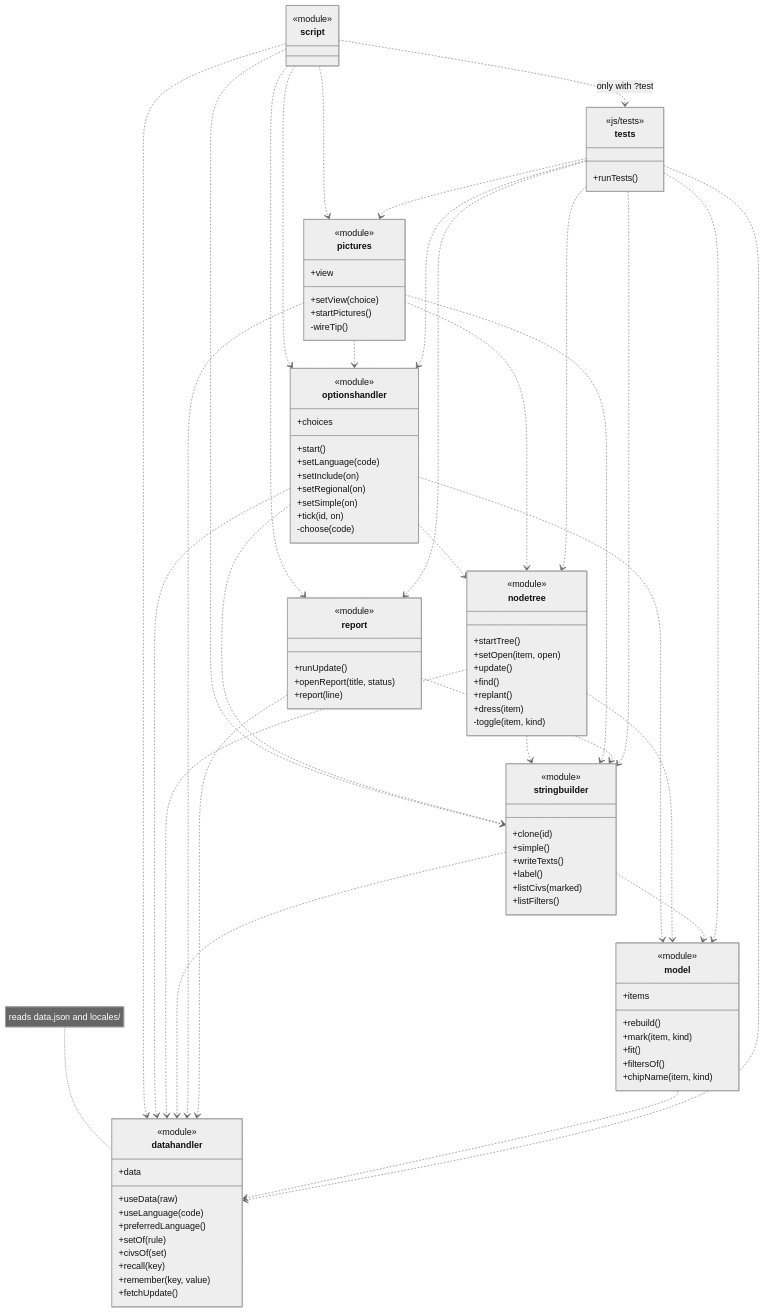
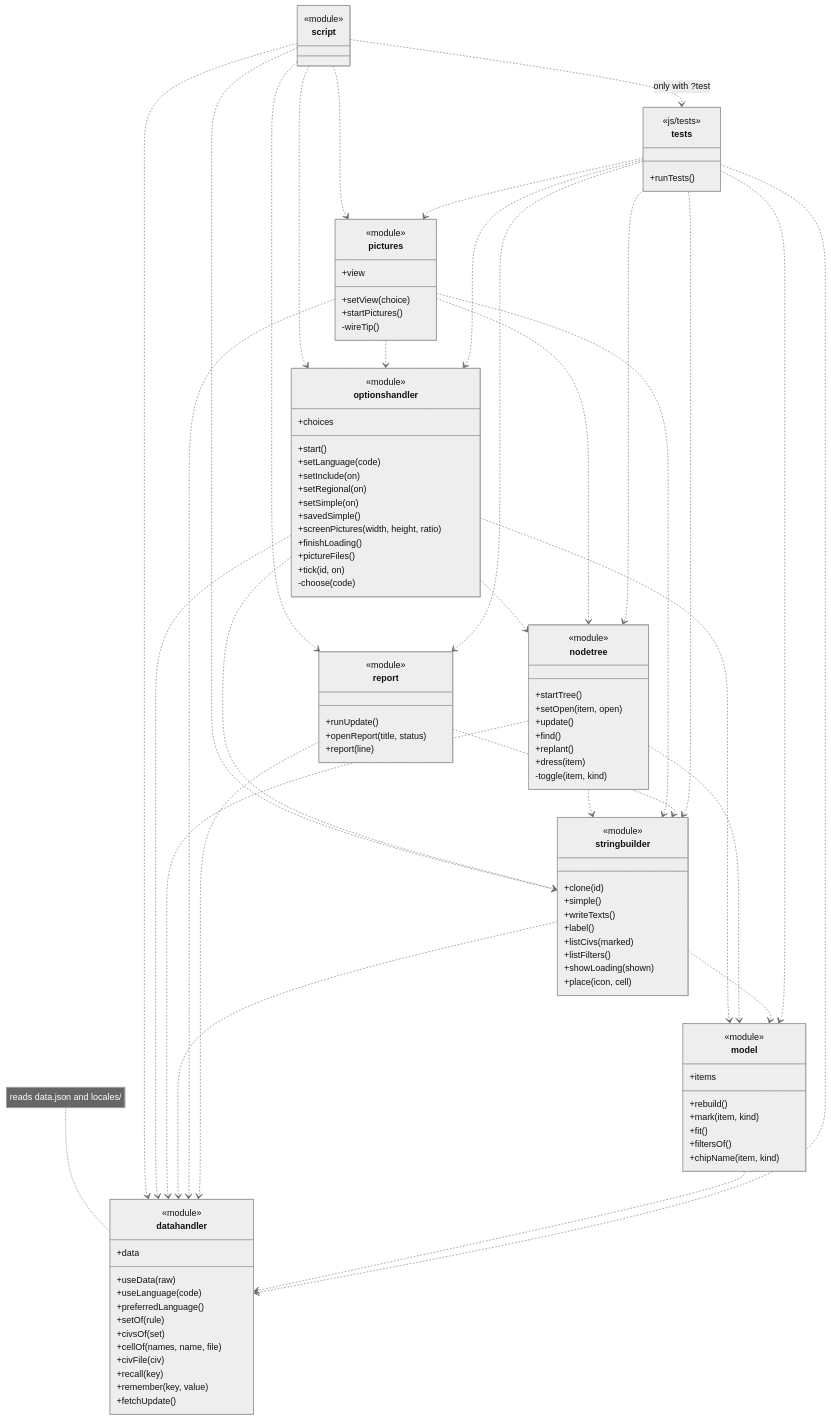
One commit to cnordenb/civexplorer.net changed the diagram in documentation/MAINTAINER.md. Above: the diagram before and after it, drawn with Mermaid (neutral theme). The commit also changed other lines of this file and 37 other files, not shown here.

```diff
--- a/documentation/MAINTAINER.md
+++ b/documentation/MAINTAINER.md
@@ -127,6 +129,10 @@
     +setInclude(on)
     +setRegional(on)
     +setSimple(on)
+    +savedSimple()
+    +screenPictures(width, height, ratio)
+    +finishLoading()
+    +pictureFiles()
     +tick(id, on)
     +choices
     -choose(code)
@@ -149,6 +155,8 @@
     +label()
     +listCivs(marked)
     +listFilters()
+    +showLoading(shown)
+    +place(icon, cell)
   }
   class model {
     <<module>>
@@ -167,6 +175,8 @@
     +preferredLanguage()
     +setOf(rule)
     +civsOf(set)
+    +cellOf(names, name, file)
+    +civFile(civ)
     +recall(key)
     +remember(key, value)
     +fetchUpdate()
```
